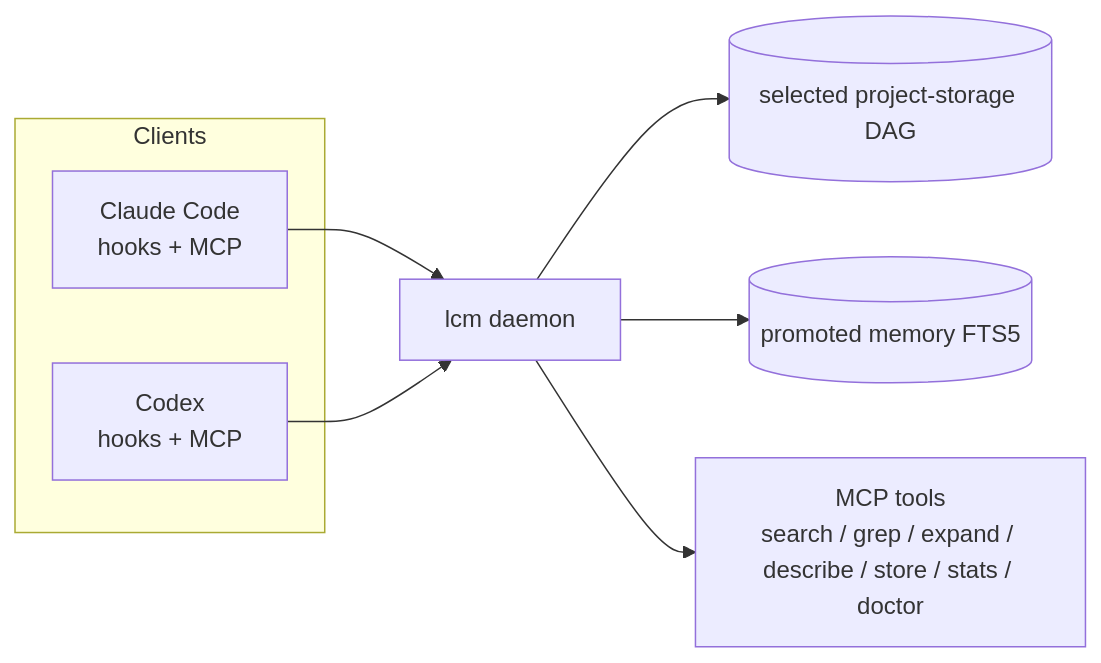
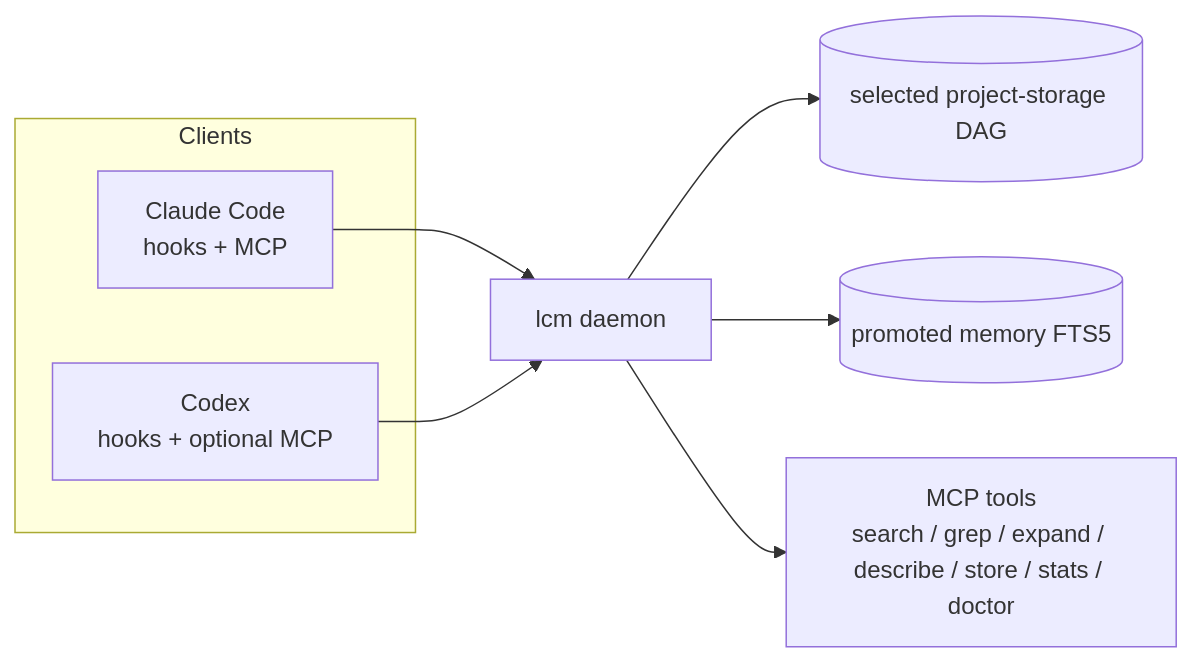
Before and after one commit to donadiosolutions/lcm: the first of 3 diagrams in README.md, drawn with Mermaid. The commit also changed other lines of this file and 75 other files, not shown here.

````diff
--- a/README.md
+++ b/README.md
@@ -45,14 +45,14 @@
 ```mermaid
 flowchart LR
   subgraph Clients["Clients"]
     CC["Claude Code<br/>hooks + MCP"]
-    CX["Codex<br/>hooks + MCP"]
+    CX["Codex<br/>hooks + optional MCP"]
   end
 
   CC --> D["lcm daemon"]
   CX --> D
 
   D --> DB[("selected project-storage DAG")]
   D --> PM[("promoted memory FTS5")]
   D --> TOOLS["MCP tools<br/>search / grep / expand / describe / store / stats / doctor"]
 ```
````
